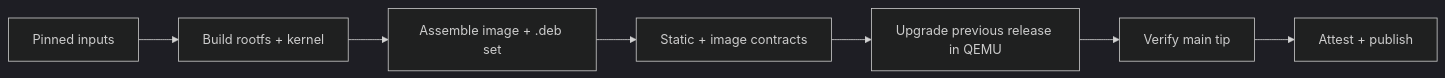
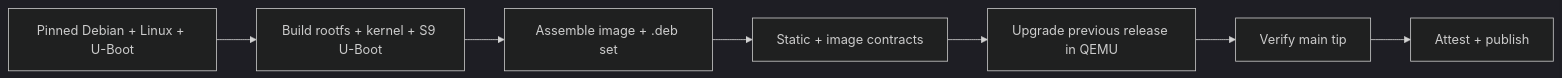
One commit to BlackF1re/atlantian changed the first of 2 diagrams in docs/PIPELINE.md. Above: the diagram before and after it, drawn with Mermaid (dark theme). The commit also changed other lines of this file and 15 other files, not shown here.

Commit message:
fix(boot): build universal S9 SD firmware

````diff
--- a/docs/PIPELINE.md
+++ b/docs/PIPELINE.md
@@ -6,9 +6,9 @@
 ```mermaid
 flowchart LR
-    A[Pinned inputs] --> B[Build rootfs + kernel]
+    A[Pinned Debian + Linux + U-Boot] --> B[Build rootfs + kernel + S9 U-Boot]
     B --> C[Assemble image + .deb set]
     C --> D[Static + image contracts]
     D --> E[Upgrade previous release in QEMU]
     E --> F[Verify main tip]
     F --> G[Attest + publish]
 ```
````
